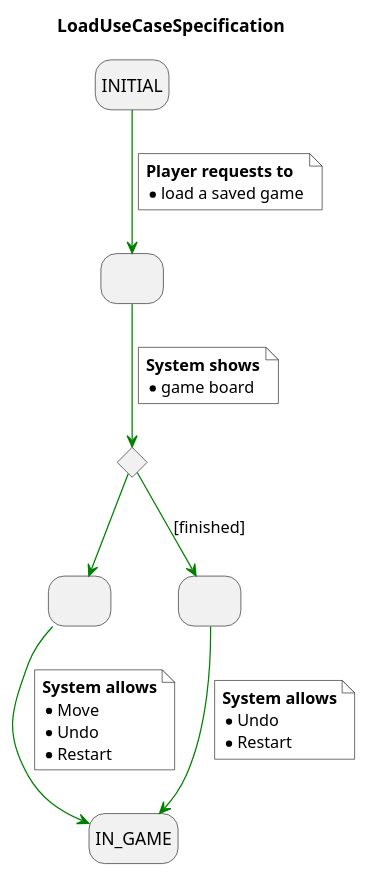
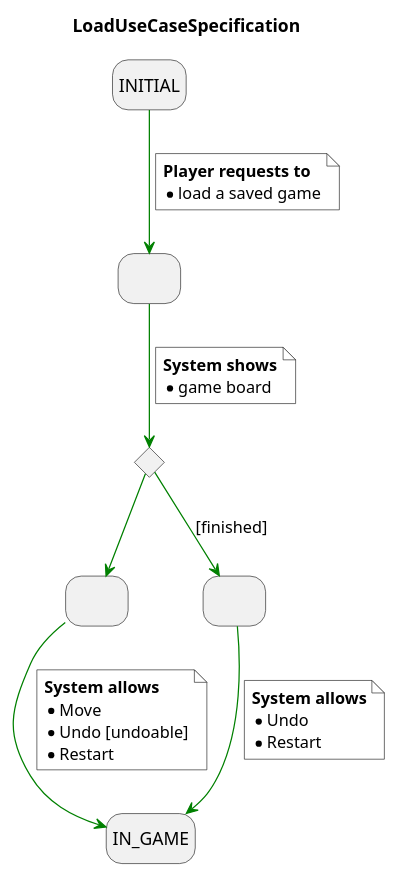
The diagram in docs/src/use-cases/specification/load-spec.plantuml (Master-Desarrollo-20-21/patrones-diseno---practica-final---juego-de-las-damas-fraylopez), drawn with PlantUML before and after one commit.

Commit message:
add guard clause

```diff
--- a/docs/src/use-cases/specification/load-spec.plantuml
+++ b/docs/src/use-cases/specification/load-spec.plantuml
@@ -1,45 +1,45 @@
 @startuml LoadUseCaseSpecification
 title LoadUseCaseSpecification
 
 skinparam NoteBackgroundColor white
 hide empty description
 
 state savedGameList as " "
 state idFinished <<choice>>
 state continue as " "
 state finished as " "
 
 
 
 INITIAL -[#green]-> savedGameList
 note on link #white
   <b>Player requests to
   * load a saved game
 end note
 savedGameList -[#green]-> idFinished
 note on link #white
   <b>System shows
   * game board
 end note
 
 idFinished -[#green]-> continue
 idFinished -[#green]-> finished  : [finished]
 
 
 continue -[#green]-> IN_GAME
 note on link
   <b>System allows
   * Move
-  * Undo
+  * Undo [undoable]
   * Restart
 end note
 
 finished -[#green]-> IN_GAME
 note on link
   <b>System allows
   * Undo
   * Restart
 end note
 
 
 @enduml
```
